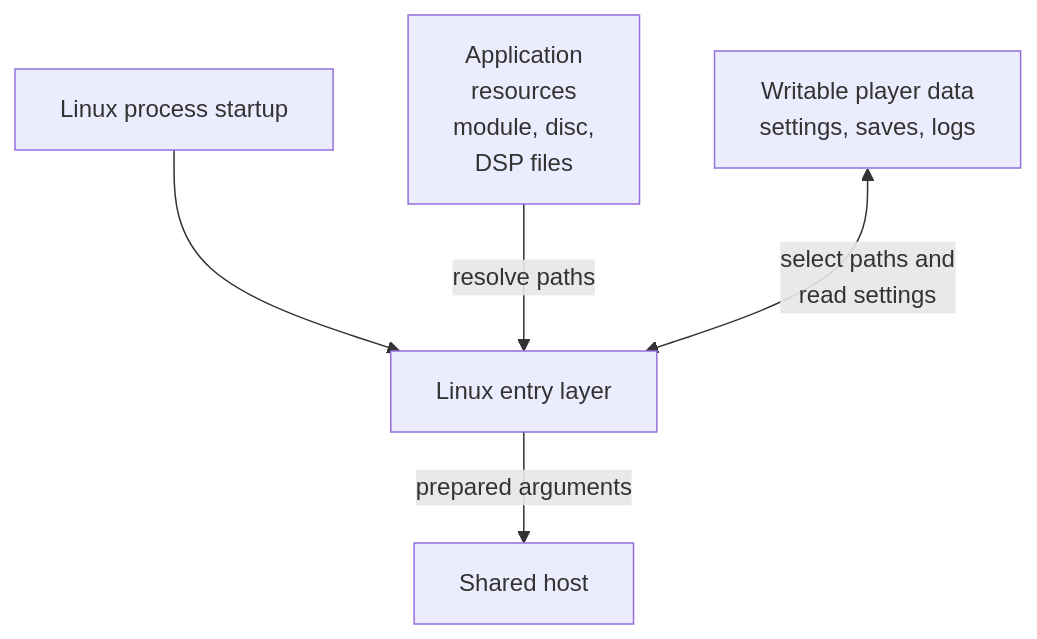
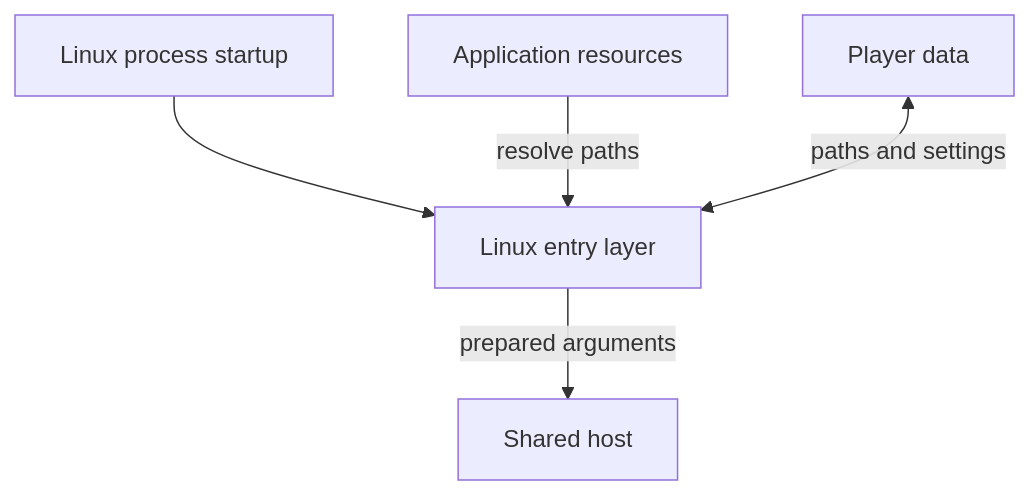
Before and after one commit to Aelbannan/boat_of_daphnes: the third of 9 diagrams in docs/architecture/Host.md, drawn with Mermaid. The commit also changed other lines of this file, not shown here.

Commit message:
Simplify Host diagram labels

````diff
--- a/docs/architecture/Host.md
+++ b/docs/architecture/Host.md
@@ -86,18 +75,13 @@
 ```mermaid
 flowchart TD
     Start["Linux process startup"]
     Entry["Linux entry layer"]
-    Resources["`Application
-resources
-module, disc,
-DSP files`"]
-    Data["`Writable player data
-settings, saves, logs`"]
+    Resources["Application resources"]
+    Data["Player data"]
     Host["Shared host"]
 
     Start --> Entry
     Resources -->|"resolve paths"| Entry
-    Data <-->|"`select paths and
-read settings`"| Entry
+    Data <-->|"paths and settings"| Entry
     Entry -->|"prepared arguments"| Host
 ```
````
